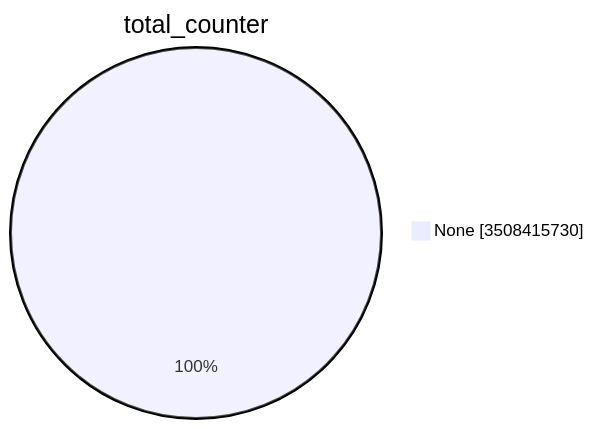
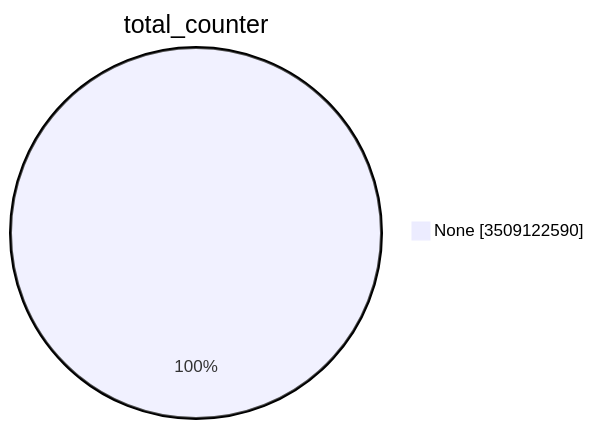
Before and after one commit to christiankrug/ctmonitor_visualization: the first of 15 diagrams in TOTAL/README.md, drawn with Mermaid. The commit also changed other lines of this file, not shown here.

````diff
--- a/TOTAL/README.md
+++ b/TOTAL/README.md
@@ -1,5 +1,5 @@
 ```mermaid
 pie showData
 title total_counter
-"None" :3508415730
+"None" :3509122590
 ```
````
